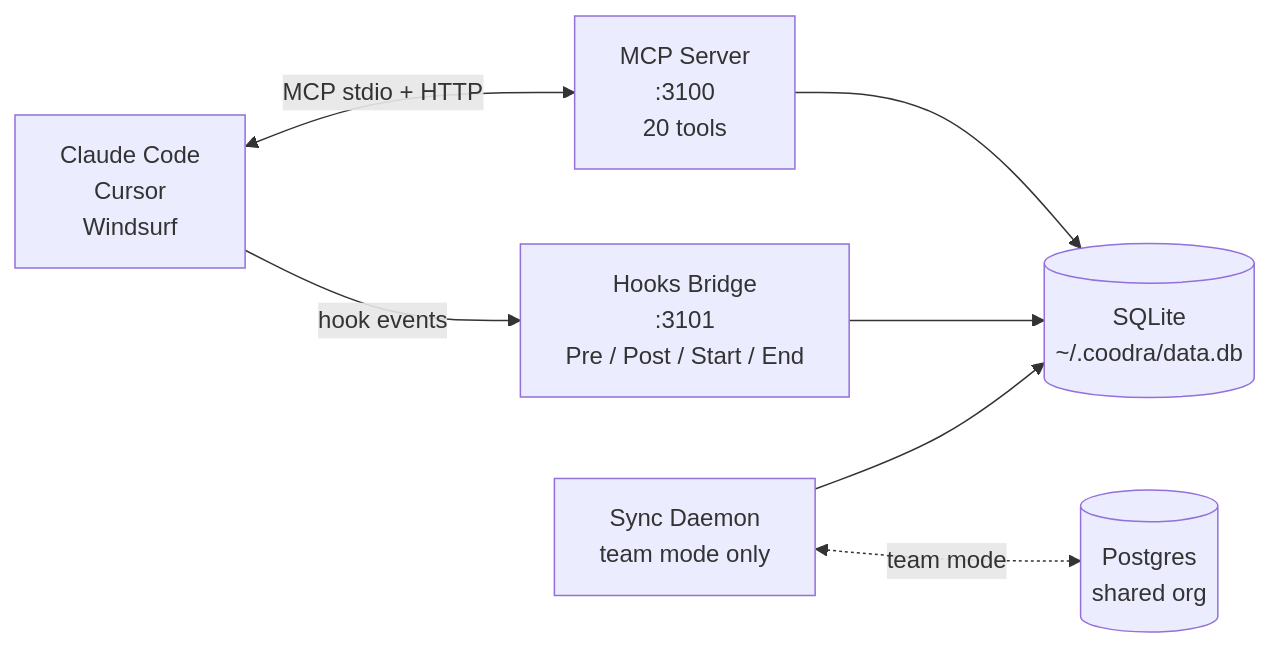
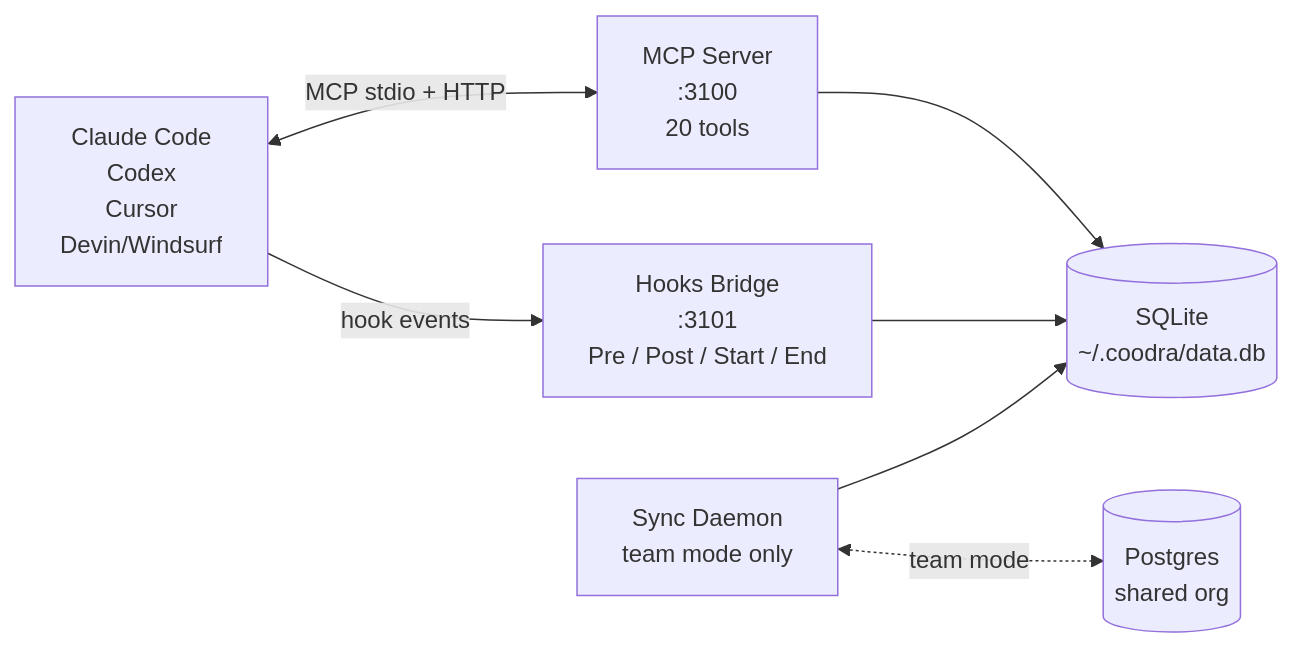
Before and after one commit to matrix-maven/Coodra: the first of 2 diagrams in README.md, drawn with Mermaid. The commit also changed other lines of this file and 97 other files, not shown here.

Commit message:
Implement native Codex and Claude plugin lifecycle

````diff
--- a/README.md
+++ b/README.md
@@ -49,16 +55,16 @@
 ```mermaid
 flowchart LR
-  A["Claude Code<br/>Cursor<br/>Windsurf"]
+  A["Claude Code<br/>Codex<br/>Cursor<br/>Devin/Windsurf"]
   B["MCP Server<br/>:3100<br/>20 tools"]
   H["Hooks Bridge<br/>:3101<br/>Pre / Post / Start / End"]
   S["Sync Daemon<br/>team mode only"]
   D[("SQLite<br/>~/.coodra/data.db")]
   P[("Postgres<br/>shared org")]
 
   A <-->|MCP stdio + HTTP| B
   A -->|hook events| H
   B --> D
   H --> D
   S --> D
   S <-.team mode.-> P
 ```
````
